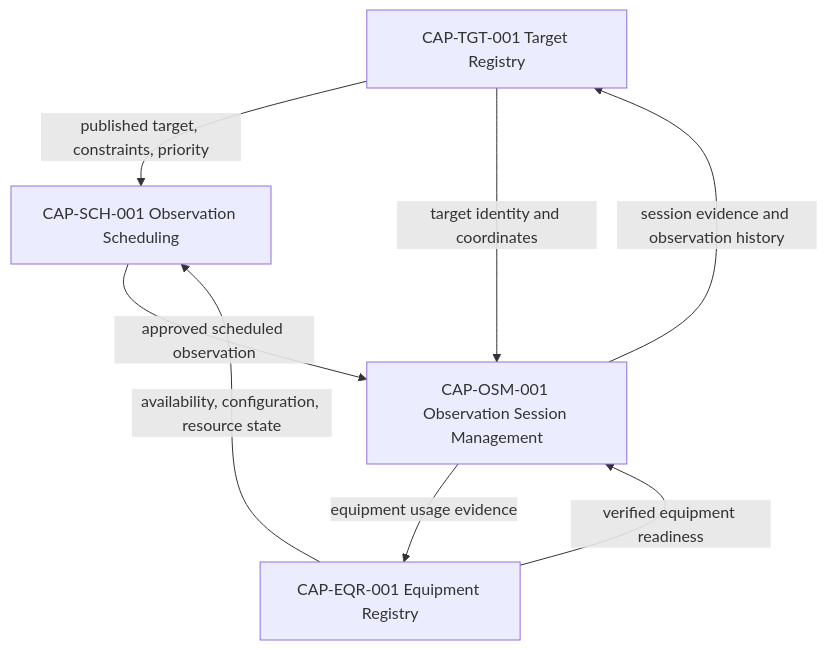
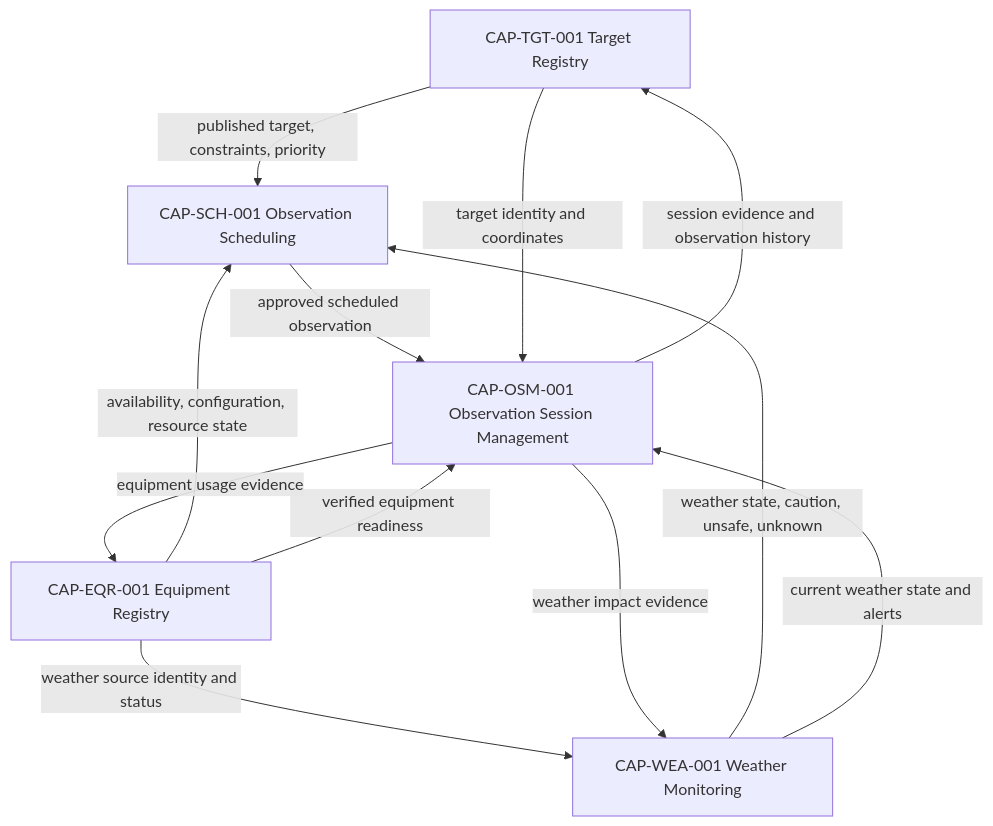
The first of 2 diagrams in docs/domains/DOM-001-core-observatory-domain.md (maininimassimo-bit/digital-stargate-manual), drawn with Mermaid before and after one commit. The commit also changed other lines of this file, not shown here.

Commit message:
docs: include weather monitoring in core observatory domain

````diff
--- a/docs/domains/DOM-001-core-observatory-domain.md
+++ b/docs/domains/DOM-001-core-observatory-domain.md
@@ -89,14 +92,19 @@
 ```mermaid
 flowchart TD
     TGT[CAP-TGT-001 Target Registry]
     EQR[CAP-EQR-001 Equipment Registry]
+    WEA[CAP-WEA-001 Weather Monitoring]
     SCH[CAP-SCH-001 Observation Scheduling]
     OSM[CAP-OSM-001 Observation Session Management]
     TGT -->|published target, constraints, priority| SCH
     EQR -->|availability, configuration, resource state| SCH
+    EQR -->|weather source identity and status| WEA
+    WEA -->|weather state, caution, unsafe, unknown| SCH
     SCH -->|approved scheduled observation| OSM
     TGT -->|target identity and coordinates| OSM
     EQR -->|verified equipment readiness| OSM
+    WEA -->|current weather state and alerts| OSM
     OSM -->|session evidence and observation history| TGT
     OSM -->|equipment usage evidence| EQR
+    OSM -->|weather impact evidence| WEA
 ```
````
